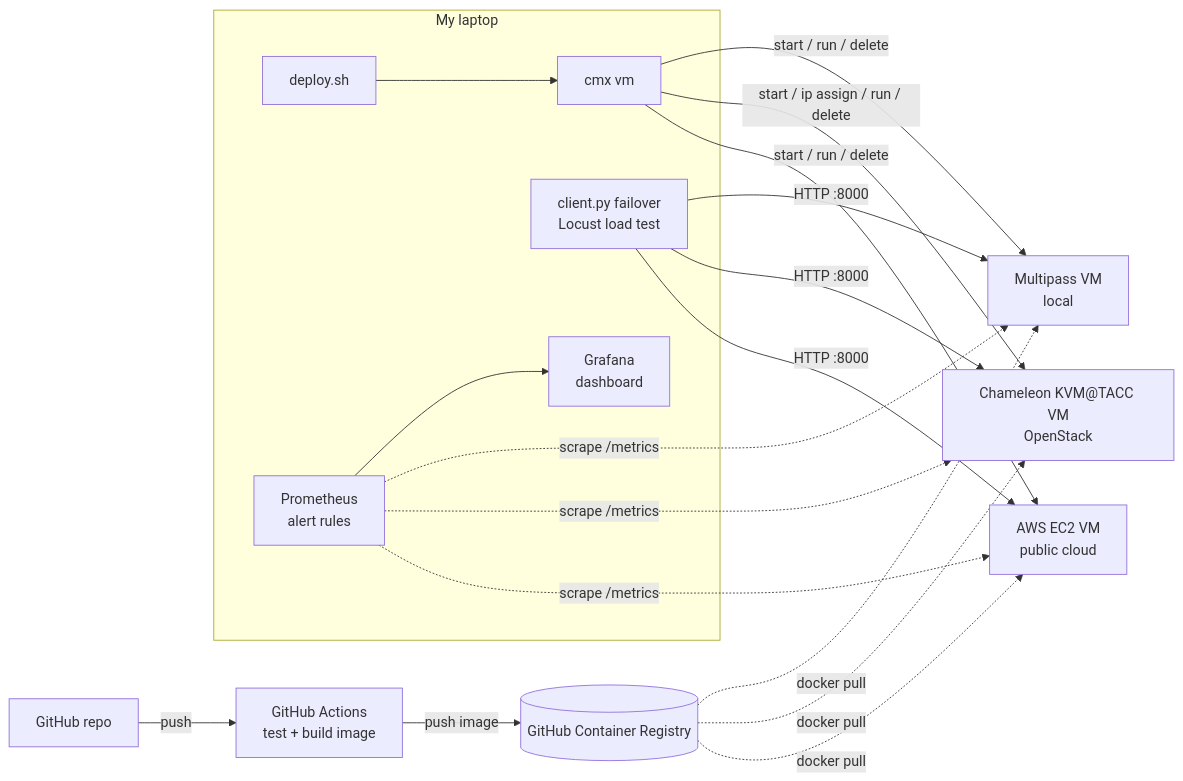
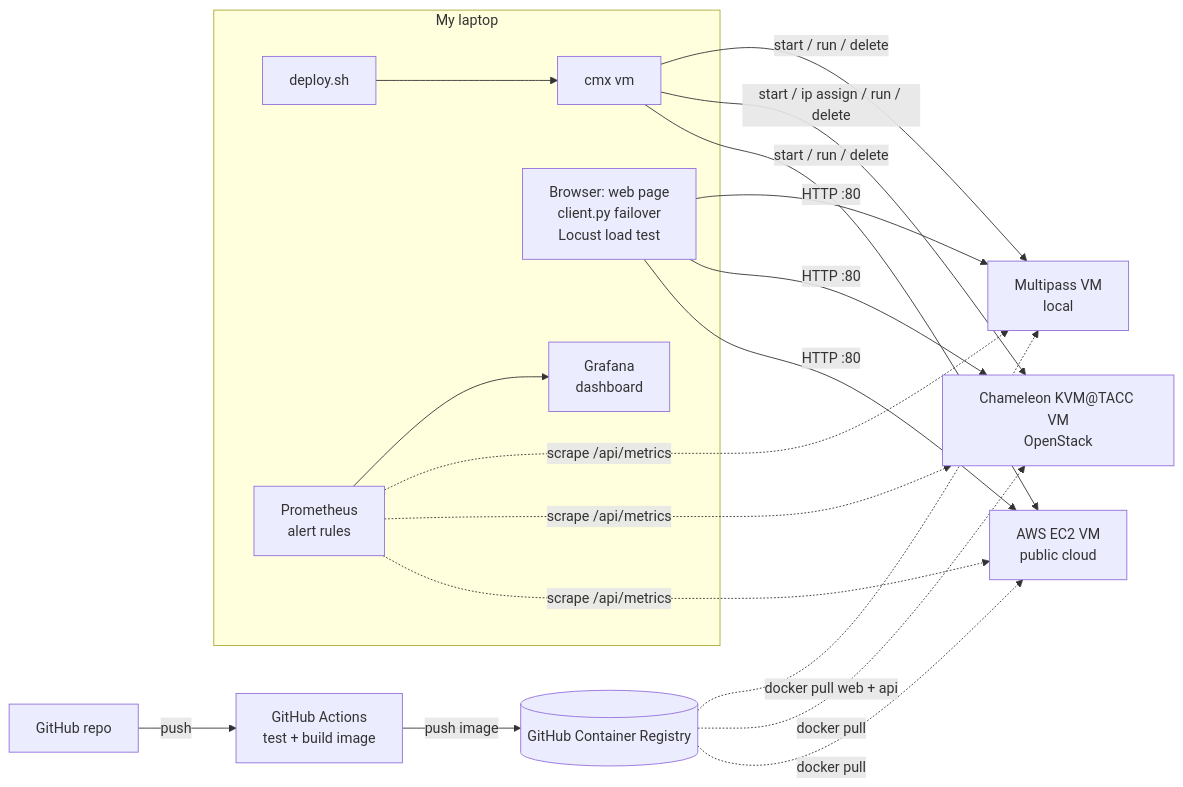
The first of 2 diagrams in project.md (cloudmesh-ai-luc/shabbir04), drawn with Mermaid before and after one commit. The commit also changed other lines of this file and 1 other file, not shown here.

First line of the commit message:
docs(project): add a frontend tier (nginx web page) in front of the model API

````diff
--- a/project.md
+++ b/project.md
@@ -80,22 +82,22 @@
 ```mermaid
 flowchart LR
     GH[GitHub repo] -->|push| CI[GitHub Actions<br/>test + build image]
     CI -->|push image| REG[(GitHub Container Registry)]
     subgraph LAPTOP[My laptop]
         DEP[deploy.sh] --> CMX[cmx vm]
-        CL[client.py failover<br/>Locust load test]
+        CL[Browser: web page<br/>client.py failover<br/>Locust load test]
         PROM[Prometheus<br/>alert rules] --> GRAF[Grafana<br/>dashboard]
     end
     CMX -->|start / run / delete| MP[Multipass VM<br/>local]
     CMX -->|start / ip assign / run / delete| CH[Chameleon KVM@TACC VM<br/>OpenStack]
     CMX -->|start / run / delete| AWS[AWS EC2 VM<br/>public cloud]
-    REG -. docker pull .-> MP
+    REG -. docker pull web + api .-> MP
     REG -. docker pull .-> CH
     REG -. docker pull .-> AWS
-    CL -->|HTTP :8000| MP
-    CL -->|HTTP :8000| CH
-    CL -->|HTTP :8000| AWS
-    PROM -. scrape /metrics .-> MP
-    PROM -. scrape /metrics .-> CH
-    PROM -. scrape /metrics .-> AWS
+    CL -->|HTTP :80| MP
+    CL -->|HTTP :80| CH
+    CL -->|HTTP :80| AWS
+    PROM -. scrape /api/metrics .-> MP
+    PROM -. scrape /api/metrics .-> CH
+    PROM -. scrape /api/metrics .-> AWS
 ```
````
